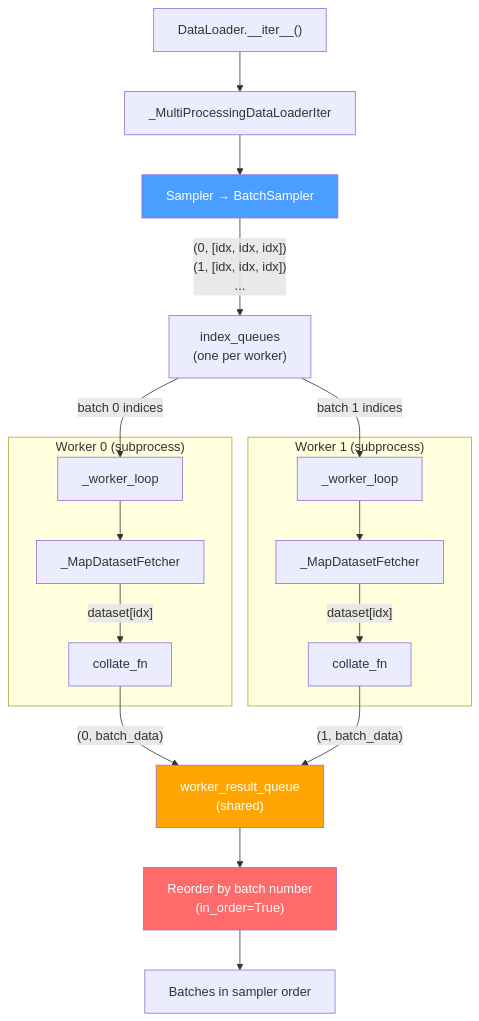
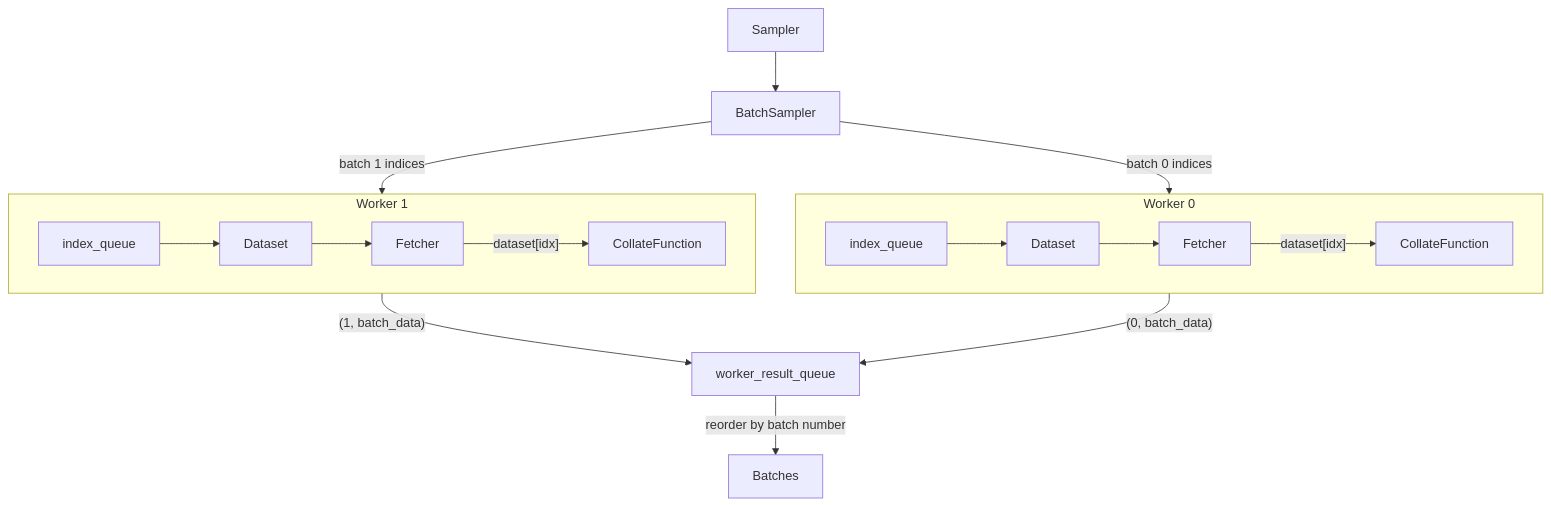
The third of 5 diagrams in docs/architecture.md (galtay/learn-torch-dataloaders), drawn with Mermaid before and after one commit. The commit also changed other lines of this file, not shown here.

First line of the commit message:
Simplify and improve architecture diagrams

````diff
--- a/docs/architecture.md
+++ b/docs/architecture.md
@@ -83,34 +64,24 @@
 ```mermaid
 flowchart TD
-    A["DataLoader.__iter__()"] --> B["_MultiProcessingDataLoaderIter"]
+    S["Sampler"] --> BS["BatchSampler"]
 
-    B --> C["Sampler → BatchSampler"]
-    C -->|"(0, [idx, idx, idx])<br/>(1, [idx, idx, idx])<br/>..."| D["index_queues<br/>(one per worker)"]
-
-    subgraph "Worker 0 (subprocess)"
-        W0["_worker_loop"]
-        F0["_MapDatasetFetcher"]
-        W0 --> F0
-        F0 -->|"dataset[idx]"| C0["collate_fn"]
+    subgraph "Worker 0"
+        direction LR
+        IQ0["index_queue"] --> DS0["Dataset"] --> F0["Fetcher"]
+        F0 -->|"dataset[idx]"| CF0["CollateFunction"]
     end
 
-    subgraph "Worker 1 (subprocess)"
-        W1["_worker_loop"]
-        F1["_MapDatasetFetcher"]
-        W1 --> F1
-        F1 -->|"dataset[idx]"| C1["collate_fn"]
+    subgraph "Worker 1"
+        direction LR
+        IQ1["index_queue"] --> DS1["Dataset"] --> F1["Fetcher"]
+        F1 -->|"dataset[idx]"| CF1["CollateFunction"]
     end
 
-    D -->|"batch 0 indices"| W0
-    D -->|"batch 1 indices"| W1
+    BS -->|"batch 0 indices"| IQ0
+    BS -->|"batch 1 indices"| IQ1
 
-    C0 -->|"(0, batch_data)"| RQ["worker_result_queue<br/>(shared)"]
-    C1 -->|"(1, batch_data)"| RQ
+    CF0 -->|"(0, batch_data)"| RQ["worker_result_queue"]
+    CF1 -->|"(1, batch_data)"| RQ
 
-    RQ --> REORDER["Reorder by batch number<br/>(in_order=True)"]
-    REORDER --> OUT["Batches in sampler order"]
-
-    style C fill:#4a9eff,color:#fff
-    style REORDER fill:#ff6b6b,color:#fff
-    style RQ fill:#ffa502,color:#fff
+    RQ -->|"reorder by batch number"| OUT["Batches"]
 ```
````
